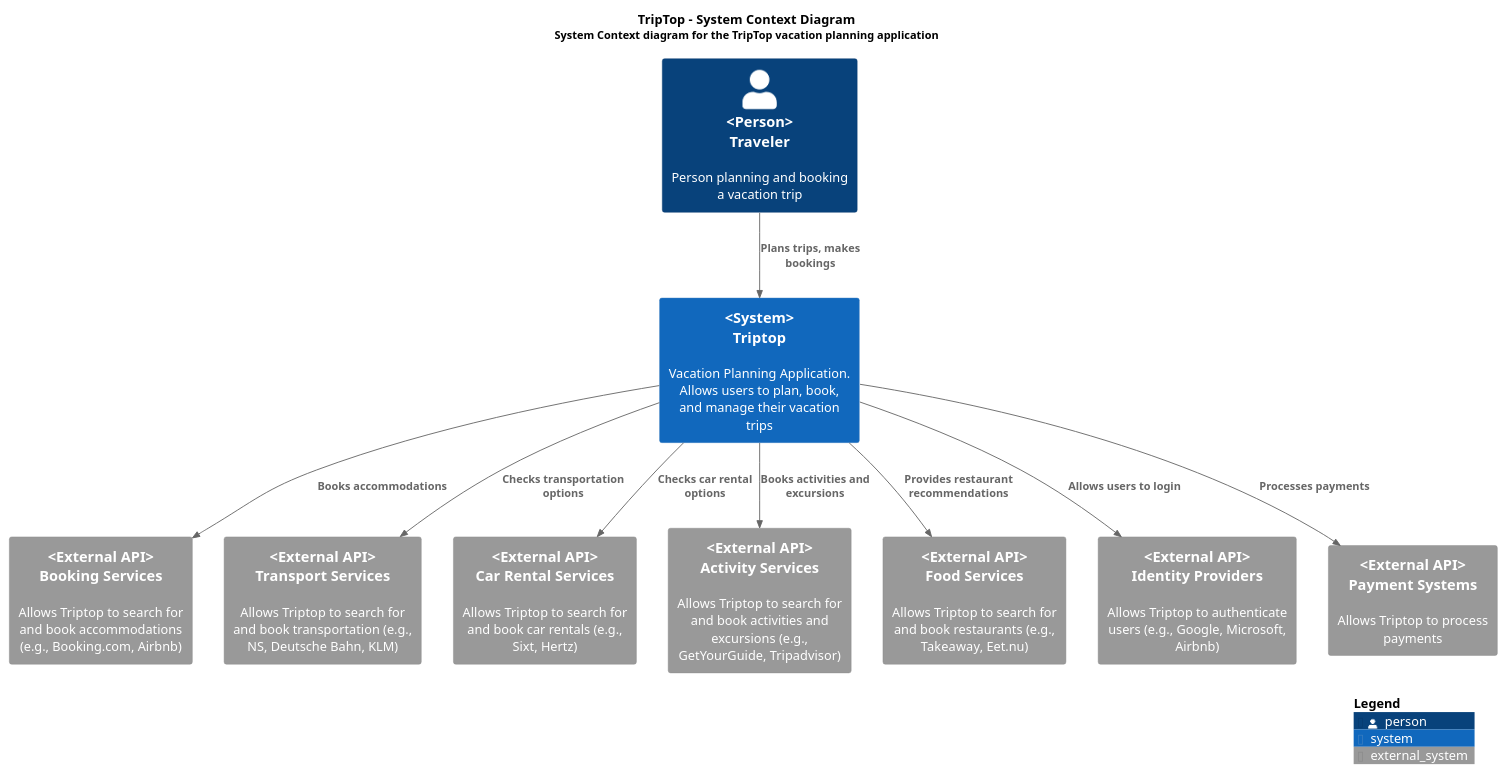
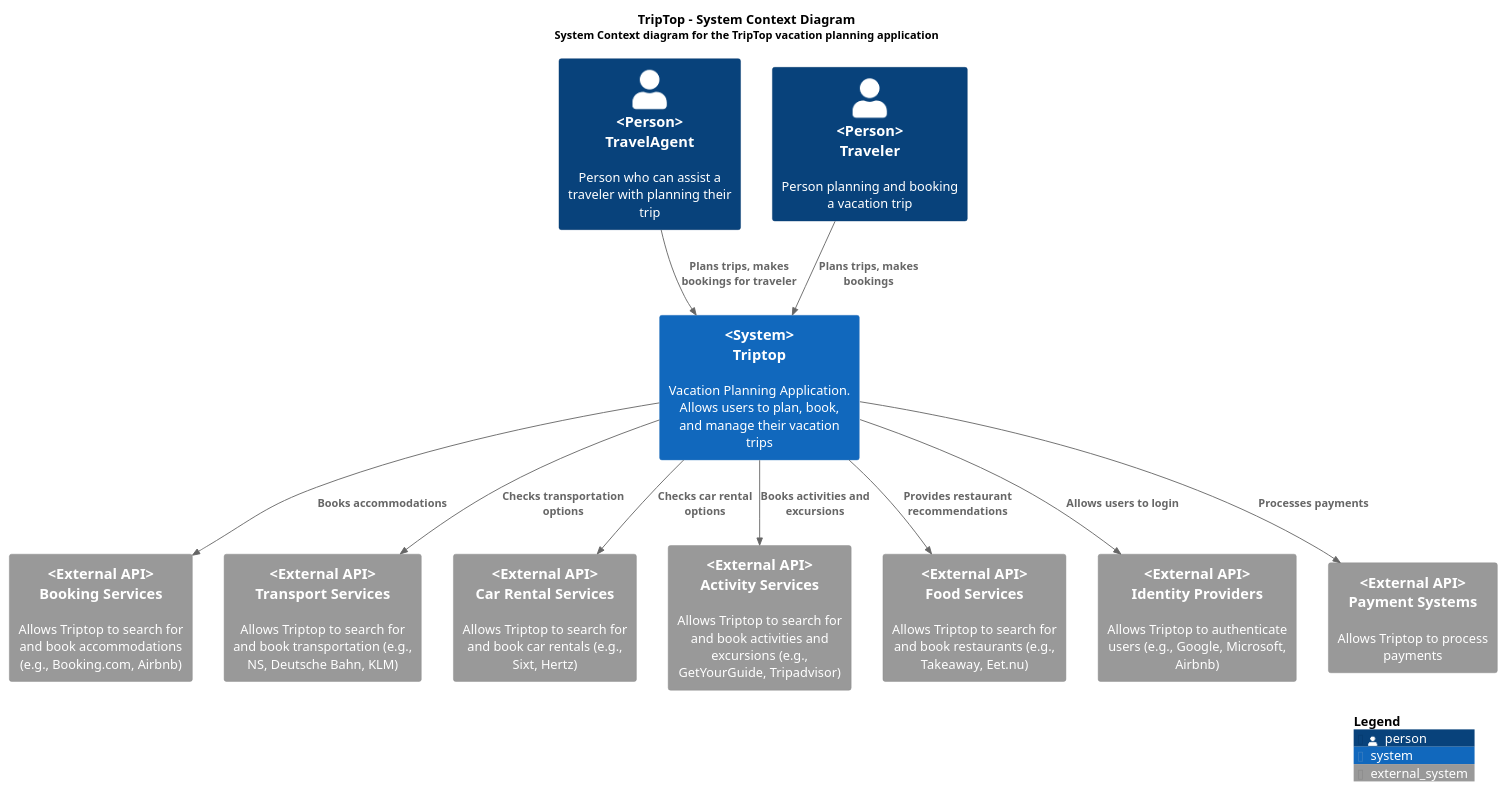
The diagram in software-guidebook/context-diagram/context-triptop.puml (AIM-ENE-feb25/triptop-groep-b1), drawn with PlantUML before and after one commit.

Commit message:
Added the other actor

```diff
--- a/software-guidebook/context-diagram/context-triptop.puml
+++ b/software-guidebook/context-diagram/context-triptop.puml
@@ -1,40 +1,42 @@
 @startuml
 
 title
 TripTop - System Context Diagram
 <font size="12">System Context diagram for the TripTop vacation planning application</font>
 end title
 
 !include <C4/C4_Context>
 !include <C4/C4_Container>
 
 'LAYOUT_WITH_LEGEND()
 
 ' People/Actors
+Person(travelAgent, "<Person>\nTravelAgent", "Person who can assist a traveler with planning their trip")
 Person(traveler, "<Person>\nTraveler", "Person planning and booking a vacation trip")
 
 ' Systems
 System(triptop, "<System>\nTriptop", "Vacation Planning Application. Allows users to plan, book, and manage their vacation trips")
 
 ' External Systems
 System_Ext(bookingService, "<External API>\nBooking Services", "Allows Triptop to search for and book accommodations (e.g., Booking.com, Airbnb)")
 System_Ext(transportService, "<External API>\nTransport Services", "Allows Triptop to search for and book transportation (e.g., NS, Deutsche Bahn, KLM)")
 System_Ext(carRentalService, "<External API>\nCar Rental Services", "Allows Triptop to search for and book car rentals (e.g., Sixt, Hertz)")
 System_Ext(activityService, "<External API>\nActivity Services", "Allows Triptop to search for and book activities and excursions (e.g., GetYourGuide, Tripadvisor)")
 System_Ext(foodService, "<External API>\nFood Services", "Allows Triptop to search for and book restaurants (e.g., Takeaway, Eet.nu)")
 System_Ext(identityProvider, "<External API>\nIdentity Providers", "Allows Triptop to authenticate users (e.g., Google, Microsoft, Airbnb)")
 System_Ext(paymentSystem, "<External API>\nPayment Systems", "Allows Triptop to process payments")
 
 ' Relationships
 Rel(traveler, triptop, "Plans trips, makes bookings")
 Rel(triptop, bookingService, "Books accommodations")
 Rel(triptop, transportService, "Checks transportation options")
 Rel(triptop, carRentalService, "Checks car rental options")
 Rel(triptop, activityService, "Books activities and excursions")
 Rel(triptop, foodService, "Provides restaurant recommendations")
 Rel(triptop, identityProvider, "Allows users to login")
 Rel(triptop, paymentSystem, "Processes payments")
+Rel(travelAgent, triptop, "Plans trips, makes bookings for traveler")
 
 SHOW_LEGEND()
 
 @enduml
```
